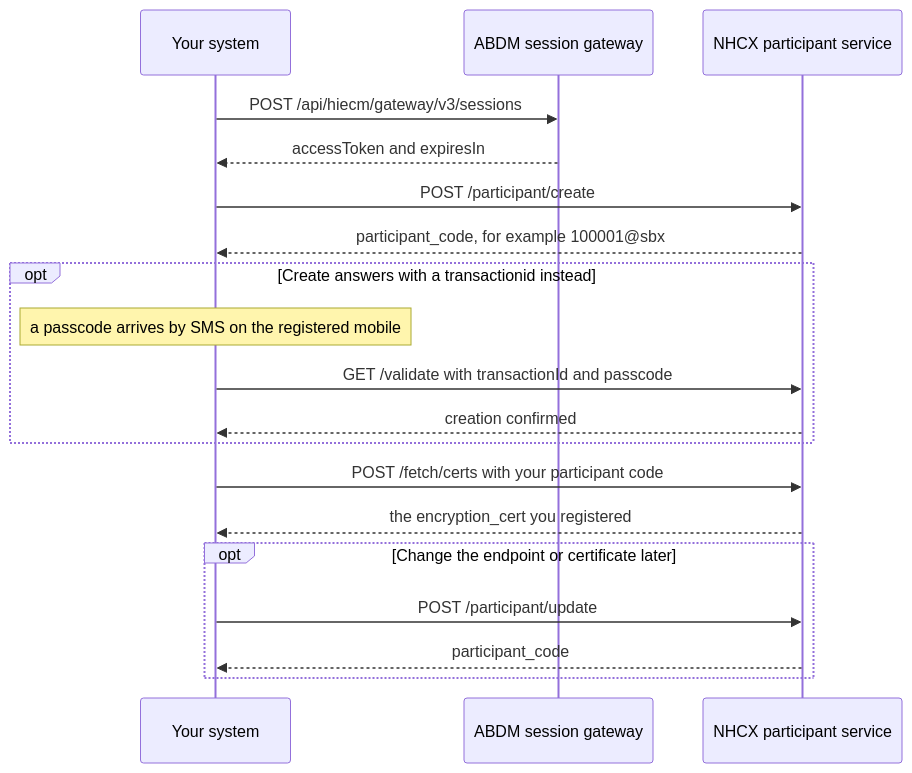
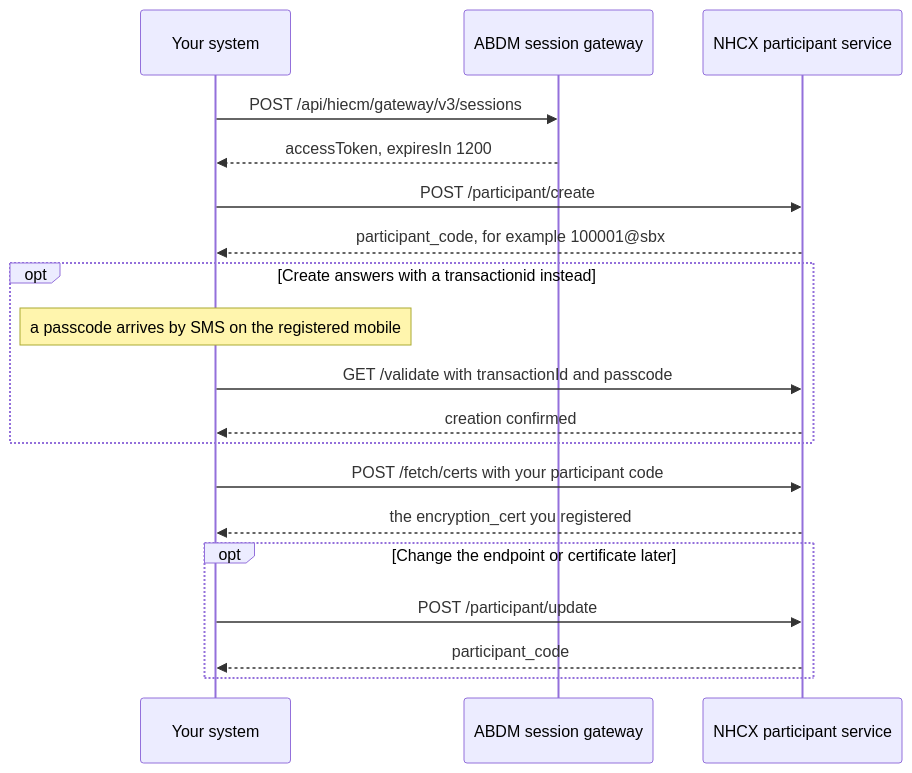
The diagram in catalogue/nhcx/flows/sandbox-onboarding.md (nha-in/docs), drawn with Mermaid before and after one commit. The commit also changed other lines of this file and 736 other files, not shown here.

````diff
--- a/catalogue/nhcx/flows/sandbox-onboarding.md
+++ b/catalogue/nhcx/flows/sandbox-onboarding.md
@@ -96,21 +96,21 @@
 ```mermaid
 sequenceDiagram
     participant You as Your system
     participant GW as ABDM session gateway
     participant PS as NHCX participant service
     You->>GW: POST /api/hiecm/gateway/v3/sessions
-    GW-->>You: accessToken and expiresIn
+    GW-->>You: accessToken, expiresIn 1200
     You->>PS: POST /participant/create
     PS-->>You: participant_code, for example 100001@sbx
     opt Create answers with a transactionid instead
         Note over You: a passcode arrives by SMS on the registered mobile
         You->>PS: GET /validate with transactionId and passcode
         PS-->>You: creation confirmed
     end
     You->>PS: POST /fetch/certs with your participant code
     PS-->>You: the encryption_cert you registered
     opt Change the endpoint or certificate later
         You->>PS: POST /participant/update
         PS-->>You: participant_code
     end
 ```
````
